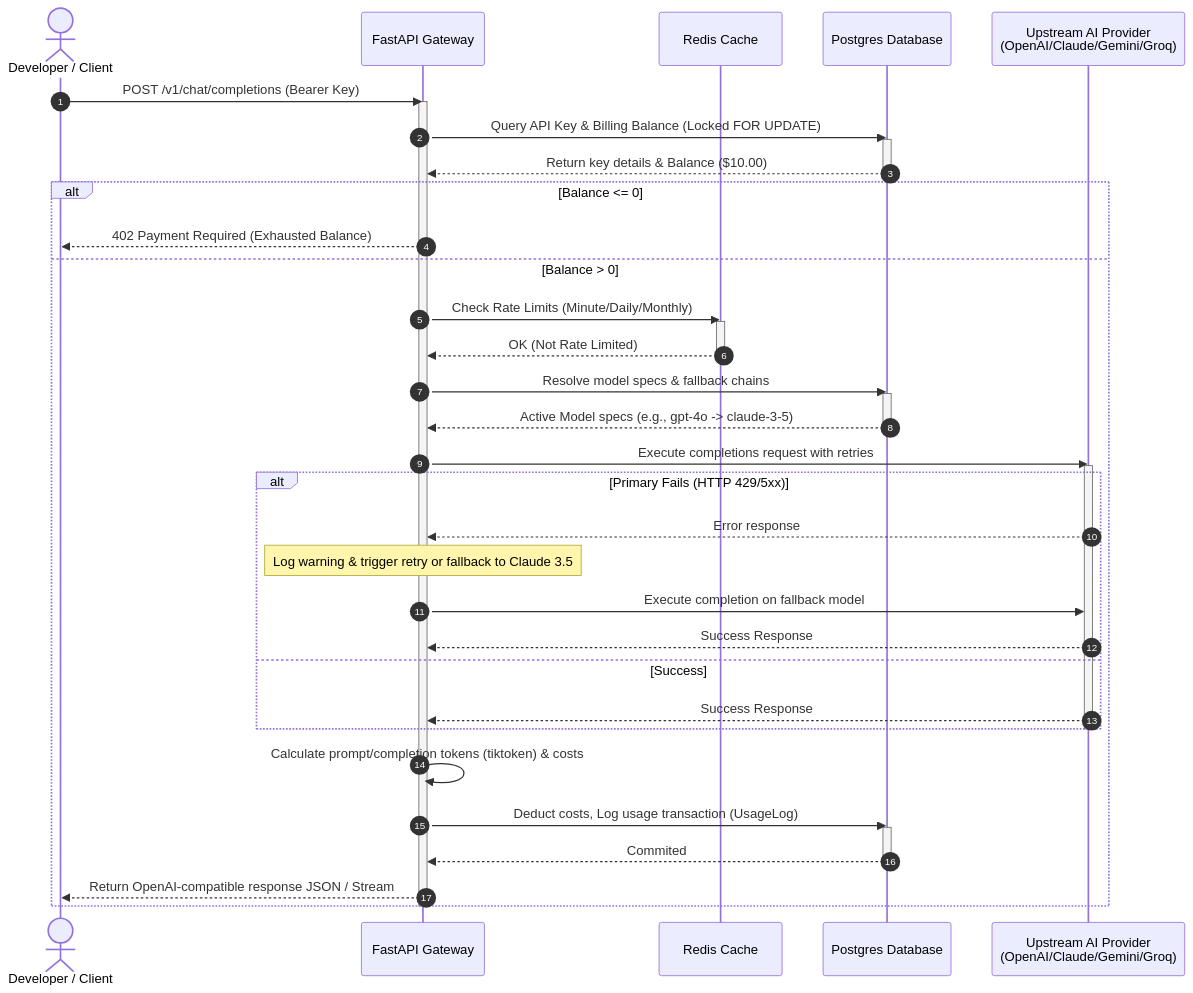
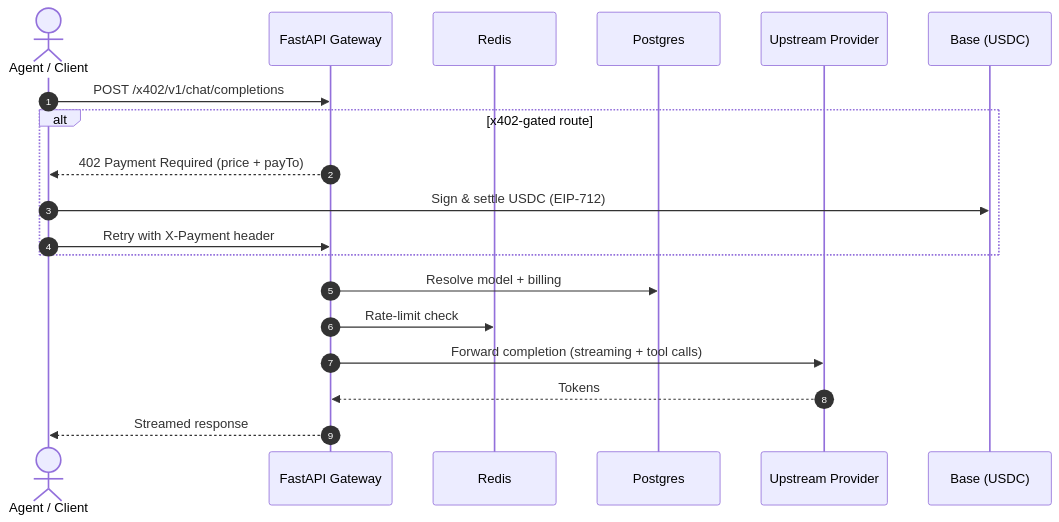
Before and after one commit to jonahthan433/CortexCloudAPI: the diagram in README.md, drawn with Mermaid. The commit also changed other lines of this file and 20 other files, not shown here.

Commit message:
feat: x402 payment-gated gateway, data/onchain marketplace, pricing + activity feeds, bazaar discovery, NVIDIA provider, updated docs

````diff
--- a/README.md
+++ b/README.md
@@ -13,52 +34,22 @@
 ```mermaid
 sequenceDiagram
     autonumber
-    actor Client as Developer / Client
+    actor Agent as Agent / Client
     participant GW as FastAPI Gateway
-    participant Redis as Redis Cache
-    participant DB as Postgres Database
-    participant Upstream as Upstream AI Provider<br/>(OpenAI/Claude/Gemini/Groq)
+    participant Redis as Redis
+    participant DB as Postgres
+    participant Prov as Upstream Provider
+    participant Chain as Base (USDC)
 
-    Client->>GW: POST /v1/chat/completions (Bearer Key)
-    activate GW
-    
-    GW->>DB: Query API Key & Billing Balance (Locked FOR UPDATE)
-    activate DB
-    DB-->>GW: Return key details & Balance ($10.00)
-    deactivate DB
-
-    alt Balance <= 0
-        GW-->>Client: 402 Payment Required (Exhausted Balance)
-    else Balance > 0
-        GW->>Redis: Check Rate Limits (Minute/Daily/Monthly)
-        activate Redis
-        Redis-->>GW: OK (Not Rate Limited)
-        deactivate Redis
-
-        GW->>DB: Resolve model specs & fallback chains
-        activate DB
-        DB-->>GW: Active Model specs (e.g., gpt-4o -> claude-3-5)
-        deactivate DB
-
-        GW->>Upstream: Execute completions request with retries
-        activate Upstream
-        alt Primary Fails (HTTP 429/5xx)
-            Upstream-->>GW: Error response
-            Note over GW: Log warning & trigger retry or fallback to Claude 3.5
-            GW->>Upstream: Execute completion on fallback model
-            Upstream-->>GW: Success Response
-        else Success
-            Upstream-->>GW: Success Response
-        end
-        deactivate Upstream
-
-        GW->>GW: Calculate prompt/completion tokens (tiktoken) & costs
-        GW->>DB: Deduct costs, Log usage transaction (UsageLog)
-        activate DB
-        DB-->>GW: Commited
-        deactivate DB
-
-        GW-->>Client: Return OpenAI-compatible response JSON / Stream
+    Agent->>GW: POST /x402/v1/chat/completions
+    alt x402-gated route
+        GW-->>Agent: 402 Payment Required (price + payTo)
+        Agent->>Chain: Sign & settle USDC (EIP-712)
+        Agent->>GW: Retry with X-Payment header
     end
-    deactivate GW
+    GW->>DB: Resolve model + billing
+    GW->>Redis: Rate-limit check
+    GW->>Prov: Forward completion (streaming + tool calls)
+    Prov-->>GW: Tokens
+    GW-->>Agent: Streamed response
 ```
````
